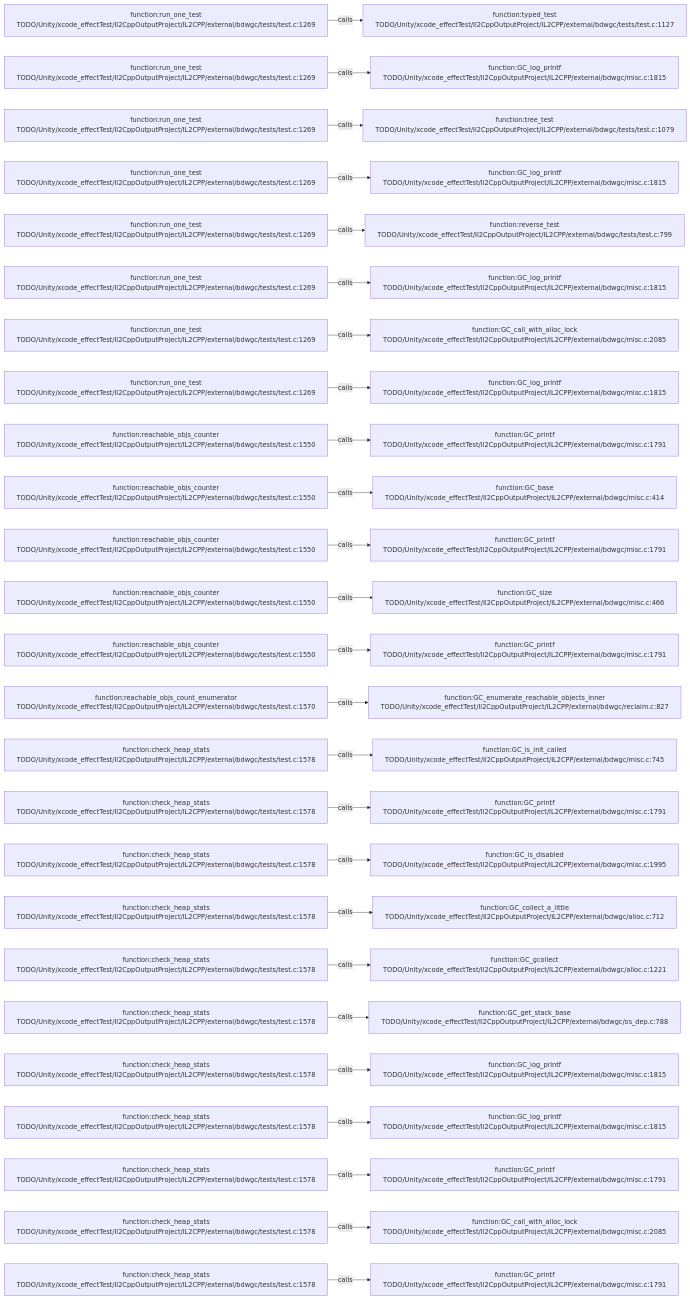
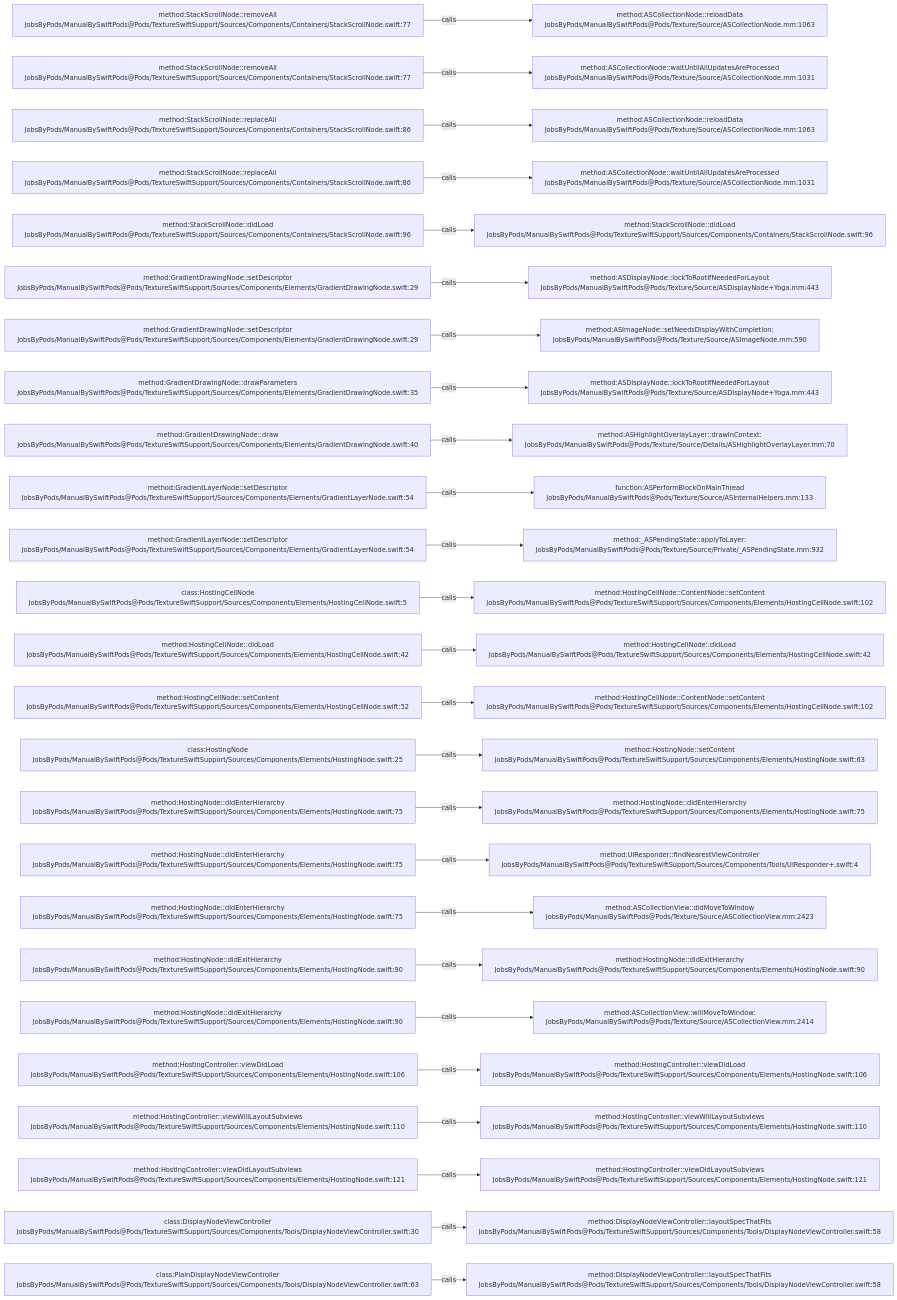
One commit to JobsKits/JobsSwiftBaseConfigDemo changed the diagram in .codegraph/codegraph.md/graphs/calls-174.md. Above: the diagram before and after it, drawn with Mermaid. The commit also changed 2959 other files, not shown here.

````diff
--- a/.codegraph/codegraph.md/graphs/calls-174.md
+++ b/.codegraph/codegraph.md/graphs/calls-174.md
@@ -13,78 +13,78 @@
 ```mermaid
 flowchart LR
-  S1["function:run_one_test<br/>TODO/Unity/xcode_effectTest/Il2CppOutputProject/IL2CPP/external/bdwgc/tests/test.c:1269"]
-  T1["function:typed_test<br/>TODO/Unity/xcode_effectTest/Il2CppOutputProject/IL2CPP/external/bdwgc/tests/test.c:1127"]
+  S1["method:StackScrollNode::removeAll<br/>JobsByPods/ManualBySwiftPods@Pods/TextureSwiftSupport/Sources/Components/Containers/StackScrollNode.swift:77"]
+  T1["method:ASCollectionNode::reloadData<br/>JobsByPods/ManualBySwiftPods@Pods/Texture/Source/ASCollectionNode.mm:1063"]
   S1 -->|calls| T1
-  S2["function:run_one_test<br/>TODO/Unity/xcode_effectTest/Il2CppOutputProject/IL2CPP/external/bdwgc/tests/test.c:1269"]
-  T2["function:GC_log_printf<br/>TODO/Unity/xcode_effectTest/Il2CppOutputProject/IL2CPP/external/bdwgc/misc.c:1815"]
+  S2["method:StackScrollNode::removeAll<br/>JobsByPods/ManualBySwiftPods@Pods/TextureSwiftSupport/Sources/Components/Containers/StackScrollNode.swift:77"]
+  T2["method:ASCollectionNode::waitUntilAllUpdatesAreProcessed<br/>JobsByPods/ManualBySwiftPods@Pods/Texture/Source/ASCollectionNode.mm:1031"]
   S2 -->|calls| T2
-  S3["function:run_one_test<br/>TODO/Unity/xcode_effectTest/Il2CppOutputProject/IL2CPP/external/bdwgc/tests/test.c:1269"]
-  T3["function:tree_test<br/>TODO/Unity/xcode_effectTest/Il2CppOutputProject/IL2CPP/external/bdwgc/tests/test.c:1079"]
+  S3["method:StackScrollNode::replaceAll<br/>JobsByPods/ManualBySwiftPods@Pods/TextureSwiftSupport/Sources/Components/Containers/StackScrollNode.swift:86"]
+  T3["method:ASCollectionNode::reloadData<br/>JobsByPods/ManualBySwiftPods@Pods/Texture/Source/ASCollectionNode.mm:1063"]
   S3 -->|calls| T3
-  S4["function:run_one_test<br/>TODO/Unity/xcode_effectTest/Il2CppOutputProject/IL2CPP/external/bdwgc/tests/test.c:1269"]
-  T4["function:GC_log_printf<br/>TODO/Unity/xcode_effectTest/Il2CppOutputProject/IL2CPP/external/bdwgc/misc.c:1815"]
+  S4["method:StackScrollNode::replaceAll<br/>JobsByPods/ManualBySwiftPods@Pods/TextureSwiftSupport/Sources/Components/Containers/StackScrollNode.swift:86"]
+  T4["method:ASCollectionNode::waitUntilAllUpdatesAreProcessed<br/>JobsByPods/ManualBySwiftPods@Pods/Texture/Source/ASCollectionNode.mm:1031"]
   S4 -->|calls| T4
-  S5["function:run_one_test<br/>TODO/Unity/xcode_effectTest/Il2CppOutputProject/IL2CPP/external/bdwgc/tests/test.c:1269"]
-  T5["function:reverse_test<br/>TODO/Unity/xcode_effectTest/Il2CppOutputProject/IL2CPP/external/bdwgc/tests/test.c:799"]
+  S5["method:StackScrollNode::didLoad<br/>JobsByPods/ManualBySwiftPods@Pods/TextureSwiftSupport/Sources/Components/Containers/StackScrollNode.swift:96"]
+  T5["method:StackScrollNode::didLoad<br/>JobsByPods/ManualBySwiftPods@Pods/TextureSwiftSupport/Sources/Components/Containers/StackScrollNode.swift:96"]
   S5 -->|calls| T5
-  S6["function:run_one_test<br/>TODO/Unity/xcode_effectTest/Il2CppOutputProject/IL2CPP/external/bdwgc/tests/test.c:1269"]
-  T6["function:GC_log_printf<br/>TODO/Unity/xcode_effectTest/Il2CppOutputProject/IL2CPP/external/bdwgc/misc.c:1815"]
+  S6["method:GradientDrawingNode::setDescriptor<br/>JobsByPods/ManualBySwiftPods@Pods/TextureSwiftSupport/Sources/Components/Elements/GradientDrawingNode.swift:29"]
+  T6["method:ASDisplayNode::lockToRootIfNeededForLayout<br/>JobsByPods/ManualBySwiftPods@Pods/Texture/Source/ASDisplayNode+Yoga.mm:443"]
   S6 -->|calls| T6
-  S7["function:run_one_test<br/>TODO/Unity/xcode_effectTest/Il2CppOutputProject/IL2CPP/external/bdwgc/tests/test.c:1269"]
-  T7["function:GC_call_with_alloc_lock<br/>TODO/Unity/xcode_effectTest/Il2CppOutputProject/IL2CPP/external/bdwgc/misc.c:2085"]
+  S7["method:GradientDrawingNode::setDescriptor<br/>JobsByPods/ManualBySwiftPods@Pods/TextureSwiftSupport/Sources/Components/Elements/GradientDrawingNode.swift:29"]
+  T7["method:ASImageNode::setNeedsDisplayWithCompletion:<br/>JobsByPods/ManualBySwiftPods@Pods/Texture/Source/ASImageNode.mm:590"]
   S7 -->|calls| T7
-  S8["function:run_one_test<br/>TODO/Unity/xcode_effectTest/Il2CppOutputProject/IL2CPP/external/bdwgc/tests/test.c:1269"]
-  T8["function:GC_log_printf<br/>TODO/Unity/xcode_effectTest/Il2CppOutputProject/IL2CPP/external/bdwgc/misc.c:1815"]
+  S8["method:GradientDrawingNode::drawParameters<br/>JobsByPods/ManualBySwiftPods@Pods/TextureSwiftSupport/Sources/Components/Elements/GradientDrawingNode.swift:35"]
+  T8["method:ASDisplayNode::lockToRootIfNeededForLayout<br/>JobsByPods/ManualBySwiftPods@Pods/Texture/Source/ASDisplayNode+Yoga.mm:443"]
   S8 -->|calls| T8
-  S9["function:reachable_objs_counter<br/>TODO/Unity/xcode_effectTest/Il2CppOutputProject/IL2CPP/external/bdwgc/tests/test.c:1550"]
-  T9["function:GC_printf<br/>TODO/Unity/xcode_effectTest/Il2CppOutputProject/IL2CPP/external/bdwgc/misc.c:1791"]
+  S9["method:GradientDrawingNode::draw<br/>JobsByPods/ManualBySwiftPods@Pods/TextureSwiftSupport/Sources/Components/Elements/GradientDrawingNode.swift:40"]
+  T9["method:ASHighlightOverlayLayer::drawInContext:<br/>JobsByPods/ManualBySwiftPods@Pods/Texture/Source/Details/ASHighlightOverlayLayer.mm:70"]
   S9 -->|calls| T9
-  S10["function:reachable_objs_counter<br/>TODO/Unity/xcode_effectTest/Il2CppOutputProject/IL2CPP/external/bdwgc/tests/test.c:1550"]
-  T10["function:GC_base<br/>TODO/Unity/xcode_effectTest/Il2CppOutputProject/IL2CPP/external/bdwgc/misc.c:414"]
+  S10["method:GradientLayerNode::setDescriptor<br/>JobsByPods/ManualBySwiftPods@Pods/TextureSwiftSupport/Sources/Components/Elements/GradientLayerNode.swift:54"]
+  T10["function:ASPerformBlockOnMainThread<br/>JobsByPods/ManualBySwiftPods@Pods/Texture/Source/ASInternalHelpers.mm:133"]
   S10 -->|calls| T10
-  S11["function:reachable_objs_counter<br/>TODO/Unity/xcode_effectTest/Il2CppOutputProject/IL2CPP/external/bdwgc/tests/test.c:1550"]
-  T11["function:GC_printf<br/>TODO/Unity/xcode_effectTest/Il2CppOutputProject/IL2CPP/external/bdwgc/misc.c:1791"]
+  S11["method:GradientLayerNode::setDescriptor<br/>JobsByPods/ManualBySwiftPods@Pods/TextureSwiftSupport/Sources/Components/Elements/GradientLayerNode.swift:54"]
+  T11["method:_ASPendingState::applyToLayer:<br/>JobsByPods/ManualBySwiftPods@Pods/Texture/Source/Private/_ASPendingState.mm:932"]
   S11 -->|calls| T11
-  S12["function:reachable_objs_counter<br/>TODO/Unity/xcode_effectTest/Il2CppOutputProject/IL2CPP/external/bdwgc/tests/test.c:1550"]
-  T12["function:GC_size<br/>TODO/Unity/xcode_effectTest/Il2CppOutputProject/IL2CPP/external/bdwgc/misc.c:466"]
+  S12["class:HostingCellNode<br/>JobsByPods/ManualBySwiftPods@Pods/TextureSwiftSupport/Sources/Components/Elements/HostingCellNode.swift:5"]
+  T12["method:HostingCellNode::ContentNode::setContent<br/>JobsByPods/ManualBySwiftPods@Pods/TextureSwiftSupport/Sources/Components/Elements/HostingCellNode.swift:102"]
   S12 -->|calls| T12
-  S13["function:reachable_objs_counter<br/>TODO/Unity/xcode_effectTest/Il2CppOutputProject/IL2CPP/external/bdwgc/tests/test.c:1550"]
-  T13["function:GC_printf<br/>TODO/Unity/xcode_effectTest/Il2CppOutputProject/IL2CPP/external/bdwgc/misc.c:1791"]
+  S13["method:HostingCellNode::didLoad<br/>JobsByPods/ManualBySwiftPods@Pods/TextureSwiftSupport/Sources/Components/Elements/HostingCellNode.swift:42"]
+  T13["method:HostingCellNode::didLoad<br/>JobsByPods/ManualBySwiftPods@Pods/TextureSwiftSupport/Sources/Components/Elements/HostingCellNode.swift:42"]
   S13 -->|calls| T13
-  S14["function:reachable_objs_count_enumerator<br/>TODO/Unity/xcode_effectTest/Il2CppOutputProject/IL2CPP/external/bdwgc/tests/test.c:1570"]
-  T14["function:GC_enumerate_reachable_objects_inner<br/>TODO/Unity/xcode_effectTest/Il2CppOutputProject/IL2CPP/external/bdwgc/reclaim.c:827"]
+  S14["method:HostingCellNode::setContent<br/>JobsByPods/ManualBySwiftPods@Pods/TextureSwiftSupport/Sources/Components/Elements/HostingCellNode.swift:52"]
+  T14["method:HostingCellNode::ContentNode::setContent<br/>JobsByPods/ManualBySwiftPods@Pods/TextureSwiftSupport/Sources/Components/Elements/HostingCellNode.swift:102"]
   S14 -->|calls| T14
-  S15["function:check_heap_stats<br/>TODO/Unity/xcode_effectTest/Il2CppOutputProject/IL2CPP/external/bdwgc/tests/test.c:1578"]
-  T15["function:GC_is_init_called<br/>TODO/Unity/xcode_effectTest/Il2CppOutputProject/IL2CPP/external/bdwgc/misc.c:745"]
+  S15["class:HostingNode<br/>JobsByPods/ManualBySwiftPods@Pods/TextureSwiftSupport/Sources/Components/Elements/HostingNode.swift:25"]
+  T15["method:HostingNode::setContent<br/>JobsByPods/ManualBySwiftPods@Pods/TextureSwiftSupport/Sources/Components/Elements/HostingNode.swift:63"]
   S15 -->|calls| T15
-  S16["function:check_heap_stats<br/>TODO/Unity/xcode_effectTest/Il2CppOutputProject/IL2CPP/external/bdwgc/tests/test.c:1578"]
-  T16["function:GC_printf<br/>TODO/Unity/xcode_effectTest/Il2CppOutputProject/IL2CPP/external/bdwgc/misc.c:1791"]
+  S16["method:HostingNode::didEnterHierarchy<br/>JobsByPods/ManualBySwiftPods@Pods/TextureSwiftSupport/Sources/Components/Elements/HostingNode.swift:75"]
+  T16["method:HostingNode::didEnterHierarchy<br/>JobsByPods/ManualBySwiftPods@Pods/TextureSwiftSupport/Sources/Components/Elements/HostingNode.swift:75"]
   S16 -->|calls| T16
-  S17["function:check_heap_stats<br/>TODO/Unity/xcode_effectTest/Il2CppOutputProject/IL2CPP/external/bdwgc/tests/test.c:1578"]
-  T17["function:GC_is_disabled<br/>TODO/Unity/xcode_effectTest/Il2CppOutputProject/IL2CPP/external/bdwgc/misc.c:1995"]
+  S17["method:HostingNode::didEnterHierarchy<br/>JobsByPods/ManualBySwiftPods@Pods/TextureSwiftSupport/Sources/Components/Elements/HostingNode.swift:75"]
+  T17["method:UIResponder::findNearestViewController<br/>JobsByPods/ManualBySwiftPods@Pods/TextureSwiftSupport/Sources/Components/Tools/UIResponder+.swift:4"]
   S17 -->|calls| T17
-  S18["function:check_heap_stats<br/>TODO/Unity/xcode_effectTest/Il2CppOutputProject/IL2CPP/external/bdwgc/tests/test.c:1578"]
-  T18["function:GC_collect_a_little<br/>TODO/Unity/xcode_effectTest/Il2CppOutputProject/IL2CPP/external/bdwgc/alloc.c:712"]
+  S18["method:HostingNode::didEnterHierarchy<br/>JobsByPods/ManualBySwiftPods@Pods/TextureSwiftSupport/Sources/Components/Elements/HostingNode.swift:75"]
+  T18["method:ASCollectionView::didMoveToWindow<br/>JobsByPods/ManualBySwiftPods@Pods/Texture/Source/ASCollectionView.mm:2423"]
   S18 -->|calls| T18
-  S19["function:check_heap_stats<br/>TODO/Unity/xcode_effectTest/Il2CppOutputProject/IL2CPP/external/bdwgc/tests/test.c:1578"]
-  T19["function:GC_gcollect<br/>TODO/Unity/xcode_effectTest/Il2CppOutputProject/IL2CPP/external/bdwgc/alloc.c:1221"]
+  S19["method:HostingNode::didExitHierarchy<br/>JobsByPods/ManualBySwiftPods@Pods/TextureSwiftSupport/Sources/Components/Elements/HostingNode.swift:90"]
+  T19["method:HostingNode::didExitHierarchy<br/>JobsByPods/ManualBySwiftPods@Pods/TextureSwiftSupport/Sources/Components/Elements/HostingNode.swift:90"]
   S19 -->|calls| T19
-  S20["function:check_heap_stats<br/>TODO/Unity/xcode_effectTest/Il2CppOutputProject/IL2CPP/external/bdwgc/tests/test.c:1578"]
-  T20["function:GC_get_stack_base<br/>TODO/Unity/xcode_effectTest/Il2CppOutputProject/IL2CPP/external/bdwgc/os_dep.c:788"]
+  S20["method:HostingNode::didExitHierarchy<br/>JobsByPods/ManualBySwiftPods@Pods/TextureSwiftSupport/Sources/Components/Elements/HostingNode.swift:90"]
+  T20["method:ASCollectionView::willMoveToWindow:<br/>JobsByPods/ManualBySwiftPods@Pods/Texture/Source/ASCollectionView.mm:2414"]
   S20 -->|calls| T20
-  S21["function:check_heap_stats<br/>TODO/Unity/xcode_effectTest/Il2CppOutputProject/IL2CPP/external/bdwgc/tests/test.c:1578"]
-  T21["function:GC_log_printf<br/>TODO/Unity/xcode_effectTest/Il2CppOutputProject/IL2CPP/external/bdwgc/misc.c:1815"]
+  S21["method:HostingController::viewDidLoad<br/>JobsByPods/ManualBySwiftPods@Pods/TextureSwiftSupport/Sources/Components/Elements/HostingNode.swift:106"]
+  T21["method:HostingController::viewDidLoad<br/>JobsByPods/ManualBySwiftPods@Pods/TextureSwiftSupport/Sources/Components/Elements/HostingNode.swift:106"]
   S21 -->|calls| T21
-  S22["function:check_heap_stats<br/>TODO/Unity/xcode_effectTest/Il2CppOutputProject/IL2CPP/external/bdwgc/tests/test.c:1578"]
-  T22["function:GC_log_printf<br/>TODO/Unity/xcode_effectTest/Il2CppOutputProject/IL2CPP/external/bdwgc/misc.c:1815"]
+  S22["method:HostingController::viewWillLayoutSubviews<br/>JobsByPods/ManualBySwiftPods@Pods/TextureSwiftSupport/Sources/Components/Elements/HostingNode.swift:110"]
+  T22["method:HostingController::viewWillLayoutSubviews<br/>JobsByPods/ManualBySwiftPods@Pods/TextureSwiftSupport/Sources/Components/Elements/HostingNode.swift:110"]
   S22 -->|calls| T22
-  S23["function:check_heap_stats<br/>TODO/Unity/xcode_effectTest/Il2CppOutputProject/IL2CPP/external/bdwgc/tests/test.c:1578"]
-  T23["function:GC_printf<br/>TODO/Unity/xcode_effectTest/Il2CppOutputProject/IL2CPP/external/bdwgc/misc.c:1791"]
+  S23["method:HostingController::viewDidLayoutSubviews<br/>JobsByPods/ManualBySwiftPods@Pods/TextureSwiftSupport/Sources/Components/Elements/HostingNode.swift:121"]
+  T23["method:HostingController::viewDidLayoutSubviews<br/>JobsByPods/ManualBySwiftPods@Pods/TextureSwiftSupport/Sources/Components/Elements/HostingNode.swift:121"]
   S23 -->|calls| T23
-  S24["function:check_heap_stats<br/>TODO/Unity/xcode_effectTest/Il2CppOutputProject/IL2CPP/external/bdwgc/tests/test.c:1578"]
-  T24["function:GC_call_with_alloc_lock<br/>TODO/Unity/xcode_effectTest/Il2CppOutputProject/IL2CPP/external/bdwgc/misc.c:2085"]
+  S24["class:DisplayNodeViewController<br/>JobsByPods/ManualBySwiftPods@Pods/TextureSwiftSupport/Sources/Components/Tools/DisplayNodeViewController.swift:30"]
+  T24["method:DisplayNodeViewController::layoutSpecThatFits<br/>JobsByPods/ManualBySwiftPods@Pods/TextureSwiftSupport/Sources/Components/Tools/DisplayNodeViewController.swift:58"]
   S24 -->|calls| T24
-  S25["function:check_heap_stats<br/>TODO/Unity/xcode_effectTest/Il2CppOutputProject/IL2CPP/external/bdwgc/tests/test.c:1578"]
-  T25["function:GC_printf<br/>TODO/Unity/xcode_effectTest/Il2CppOutputProject/IL2CPP/external/bdwgc/misc.c:1791"]
+  S25["class:PlainDisplayNodeViewController<br/>JobsByPods/ManualBySwiftPods@Pods/TextureSwiftSupport/Sources/Components/Tools/DisplayNodeViewController.swift:63"]
+  T25["method:DisplayNodeViewController::layoutSpecThatFits<br/>JobsByPods/ManualBySwiftPods@Pods/TextureSwiftSupport/Sources/Components/Tools/DisplayNodeViewController.swift:58"]
   S25 -->|calls| T25
 ```
````
